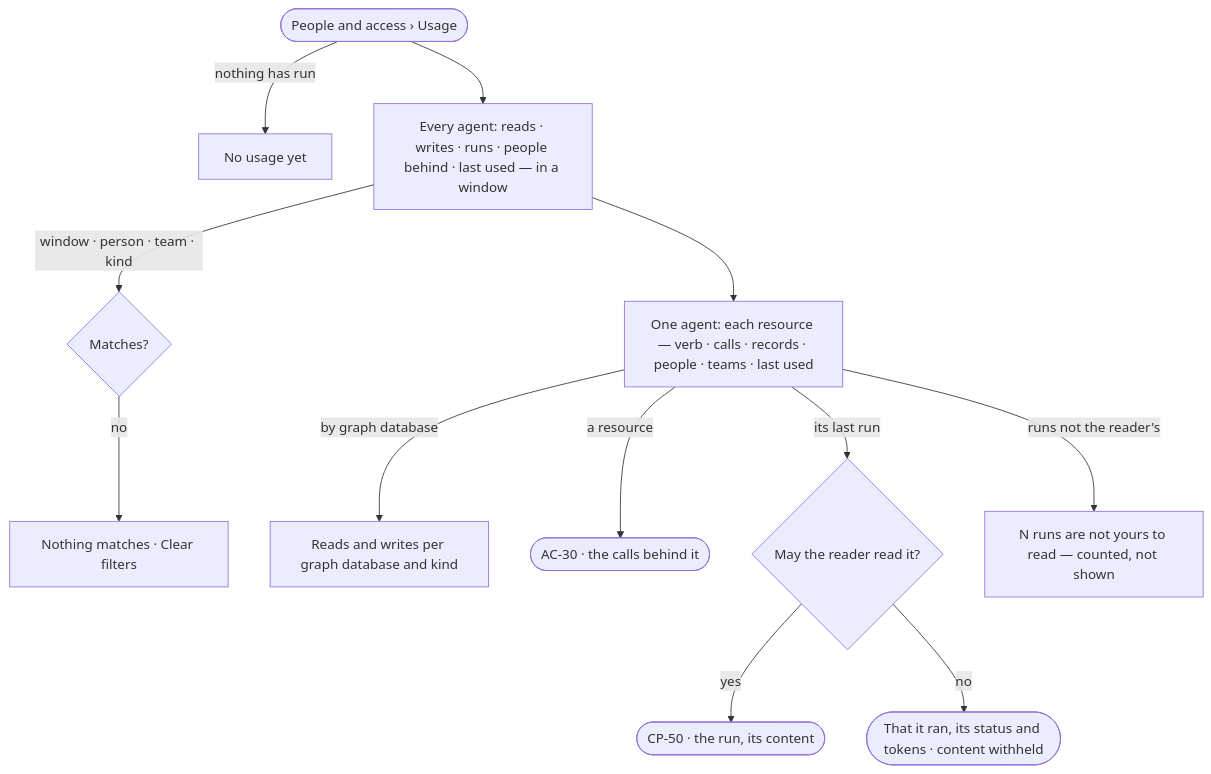
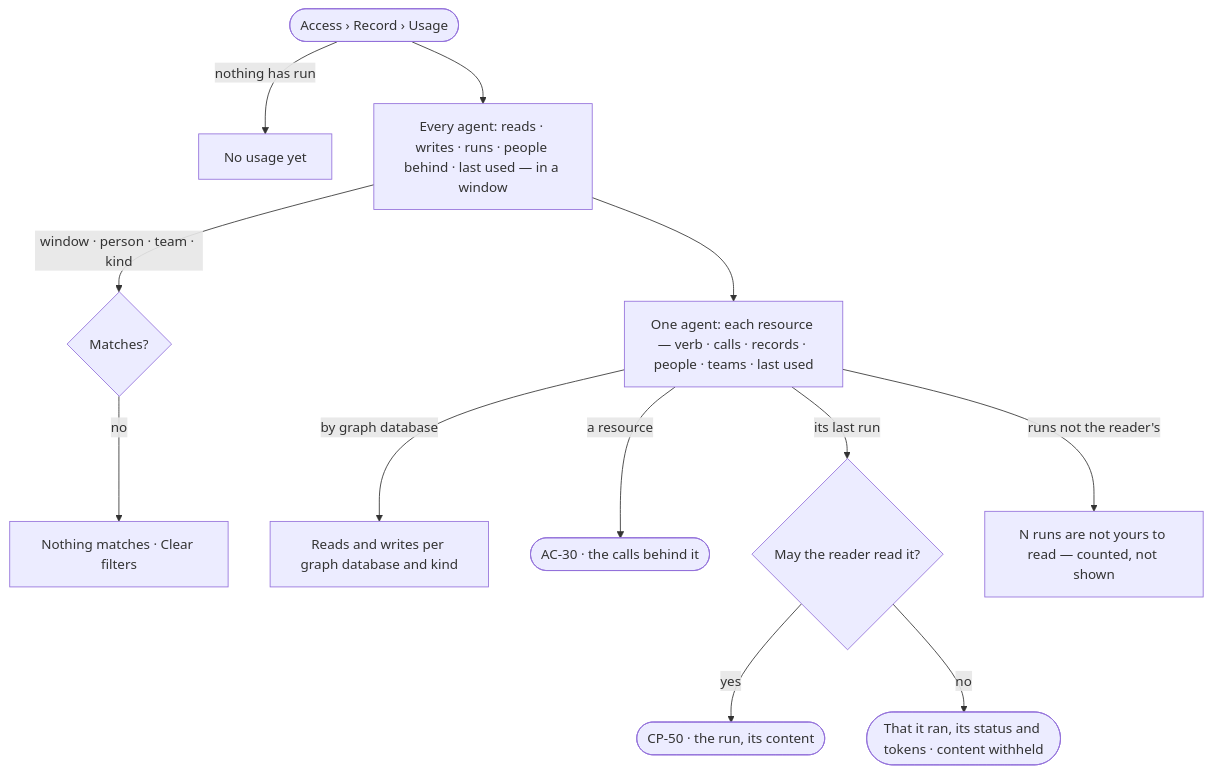
The diagram in specs/os/access/features/AC-F08-access-usage/stories/AC-28-see-what-an-agent-touched/story.md (invana/invana), drawn with Mermaid before and after one commit. The commit also changed 133 other files, not shown here.

````diff
--- a/specs/os/access/features/AC-F08-access-usage/stories/AC-28-see-what-an-agent-touched/story.md
+++ b/specs/os/access/features/AC-F08-access-usage/stories/AC-28-see-what-an-agent-touched/story.md
@@ -27,14 +27,14 @@
 ```mermaid
 flowchart TD
-  s([People and access › Usage]) -->|nothing has run| e["No usage yet"]
+  s([Access › Record › Usage]) -->|nothing has run| e["No usage yet"]
   s --> l["Every agent: reads · writes · runs · people behind · last used — in a window"]
   l -->|window · person · team · kind| f{"Matches?"}
   f -->|no| nm["Nothing matches · Clear filters"]
   l --> a["One agent: each resource — verb · calls · records · people · teams · last used"]
   a -->|by graph database| db["Reads and writes per graph database and kind"]
   a -->|a resource| calls(["AC-30 · the calls behind it"])
   a -->|its last run| run{"May the reader read it?"}
   run -->|yes| rr(["CP-50 · the run, its content"])
   run -->|no| wh(["That it ran, its status and tokens · content withheld"])
   a -->|runs not the reader's| cnt["N runs are not yours to read — counted, not shown"]
 ```
````
